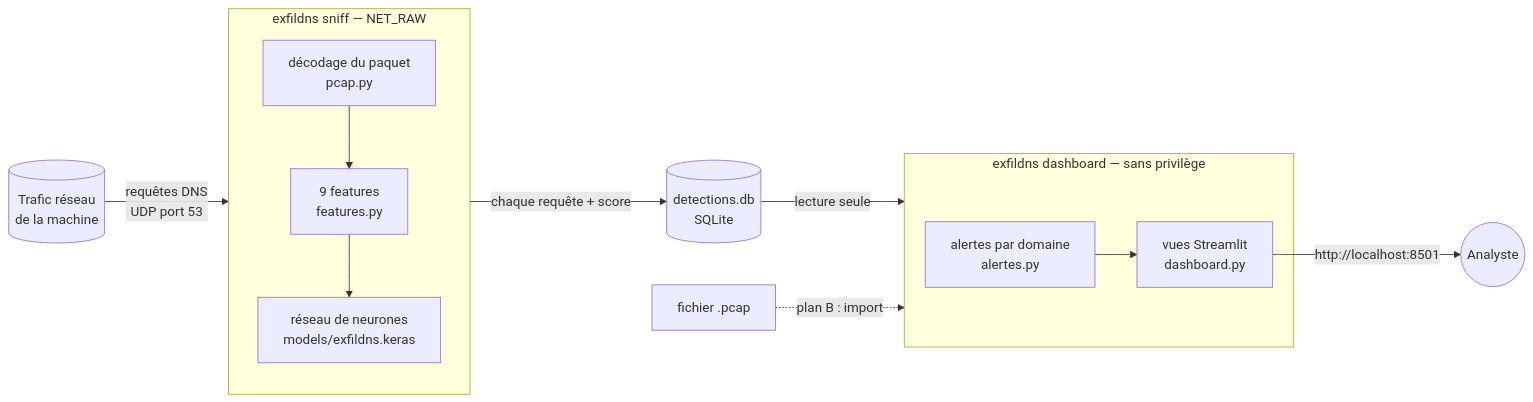
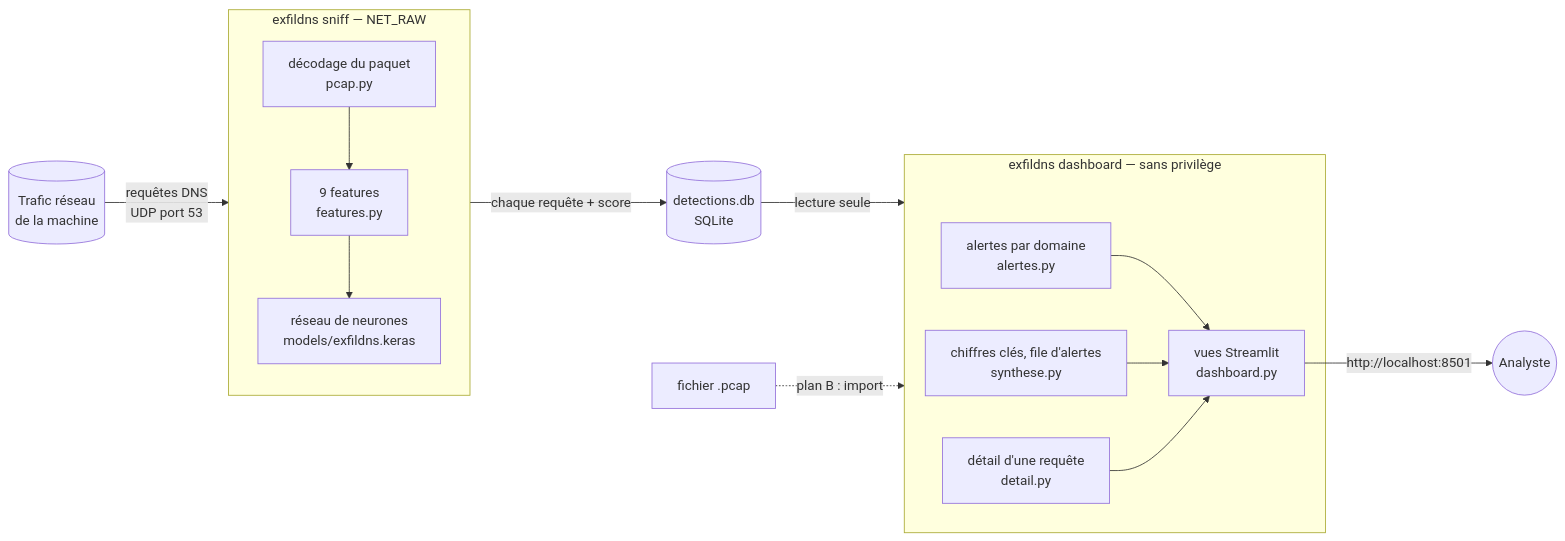
The diagram in docs/deploiement.md (PabloHavane/exfildns), drawn with Mermaid before and after one commit. The commit also changed other lines of this file and 1 other file, not shown here.

````diff
--- a/docs/deploiement.md
+++ b/docs/deploiement.md
@@ -9,14 +9,16 @@
 ```mermaid
 flowchart LR
     R[(Trafic réseau<br/>de la machine)] -->|requêtes DNS<br/>UDP port 53| S
     subgraph S [exfildns sniff — NET_RAW]
         D[décodage du paquet<br/>pcap.py] --> F[9 features<br/>features.py] --> M[réseau de neurones<br/>models/exfildns.keras]
     end
     S -->|chaque requête + score| B[(detections.db<br/>SQLite)]
     B -->|lecture seule| T
     subgraph T [exfildns dashboard — sans privilège]
         A[alertes par domaine<br/>alertes.py] --> V[vues Streamlit<br/>dashboard.py]
+        Y[chiffres clés, file d'alertes<br/>synthese.py] --> V
+        Q[détail d'une requête<br/>detail.py] --> V
     end
     V -->|http://localhost:8501| U((Analyste))
     P[fichier .pcap] -.->|plan B : import| T
 ```
````
